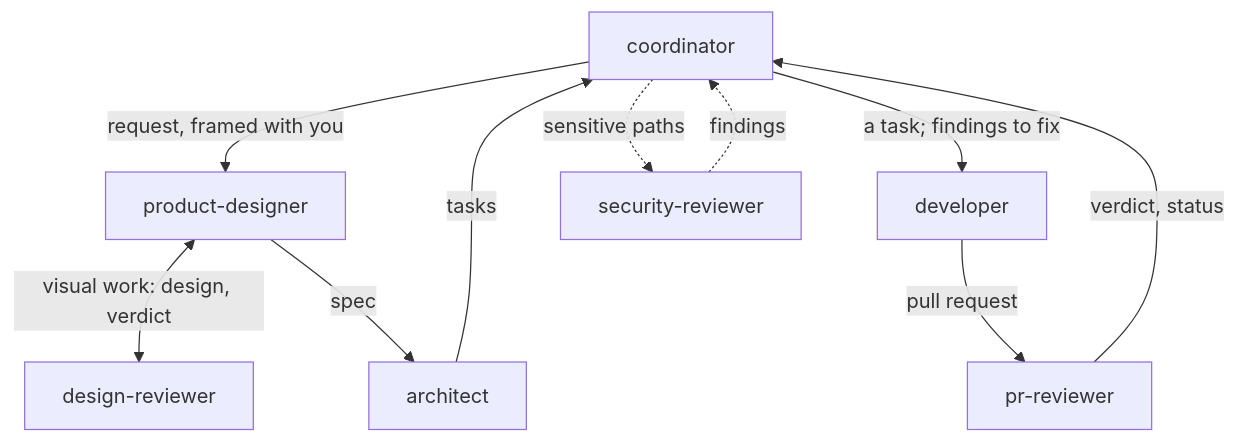
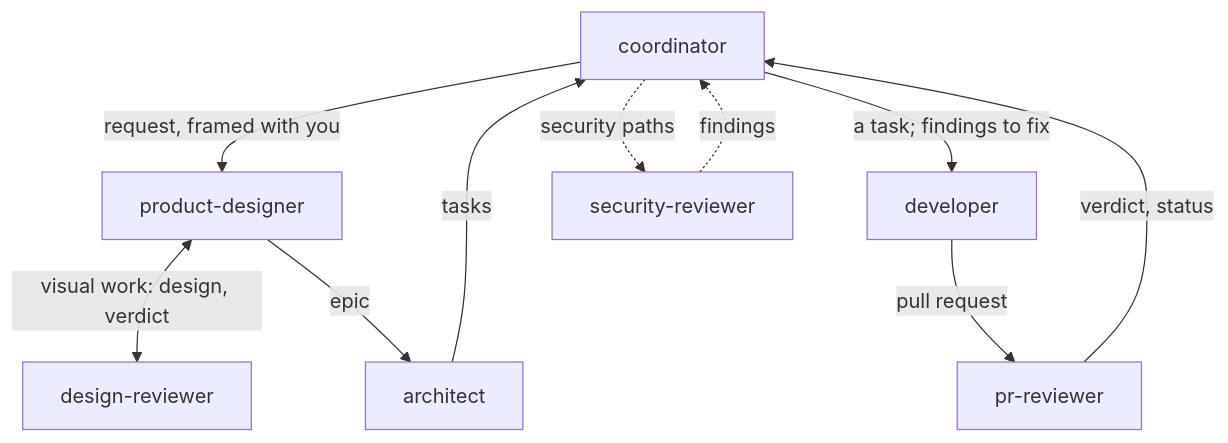
Before and after one commit to olaurendeau/ola-workflow: the diagram in README.md, drawn with Mermaid. The commit also changed other lines of this file and 1 other file, not shown here.

Commit message:
docs(readme): epic, deux listes de chemins et jetons dits justement (#134)

````diff
--- a/README.md
+++ b/README.md
@@ -28,12 +28,12 @@
 ```mermaid
 flowchart TD
   co[coordinator] -->|"request, framed with you"| pd[product-designer]
   pd <-->|"visual work: design, verdict"| dr[design-reviewer]
-  pd -->|"spec"| ar[architect]
+  pd -->|"epic"| ar[architect]
   ar -->|"tasks"| co
   co -->|"a task; findings to fix"| dv[developer]
   dv -->|"pull request"| pr[pr-reviewer]
   pr -->|"verdict, status"| co
-  co -.->|"sensitive paths"| sr[security-reviewer]
+  co -.->|"security paths"| sr[security-reviewer]
   sr -.->|"findings"| co
 ```
````
